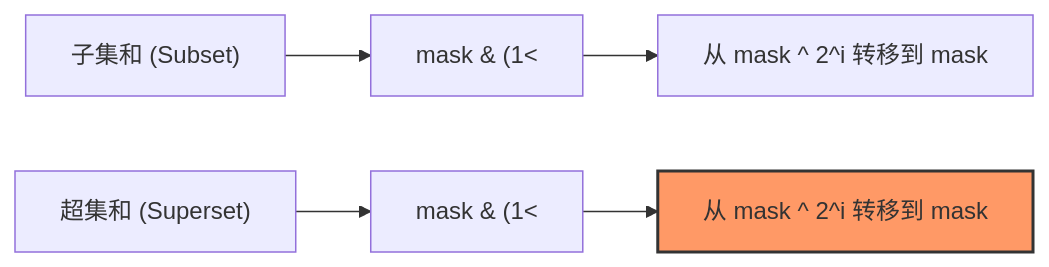
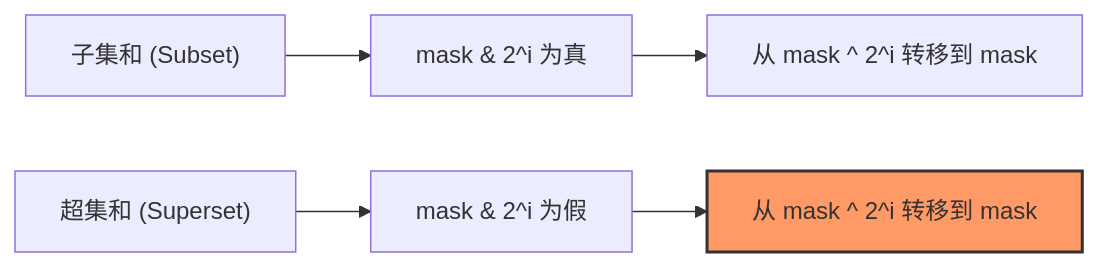
The eighth of 11 diagrams in book/pages/dynamic_programming/sos/gemini整体对话.md (rainboyOJ/rbook_nunjucks), drawn with Mermaid before and after one commit. The commit also changed other lines of this file, not shown here.

Commit message:
fix(article): 修复 gemini整体对话 两处 mermaid 渲染错误
- subgraph 标题带括号导致解析失败：改为 subgraph id["标题"]
- 节点文本中 (1<<i) 的 << 被 htmlLabels 当 HTML 标签吞掉致标签截断：
  改用同文档一致的 2^i 记法
- 11 张图全部经 mermaid-cli 真渲染目检复验

````diff
--- a/book/pages/dynamic_programming/sos/gemini整体对话.md
+++ b/book/pages/dynamic_programming/sos/gemini整体对话.md
@@ -1411,10 +1411,10 @@
 ```mermaid
 graph LR
-    A["子集和 (Subset)"] --> B["mask & (1<<i) 为真"]
+    A["子集和 (Subset)"] --> B["mask & 2^i 为真"]
     B --> C["从 mask ^ 2^i 转移到 mask"]
-    D["超集和 (Superset)"] --> E["mask & (1<<i) 为假"]
+    D["超集和 (Superset)"] --> E["mask & 2^i 为假"]
     E --> F["从 mask ^ 2^i 转移到 mask"]
     
     style F fill:#f96,stroke:#333,stroke-width:2px
 
 ```
````
